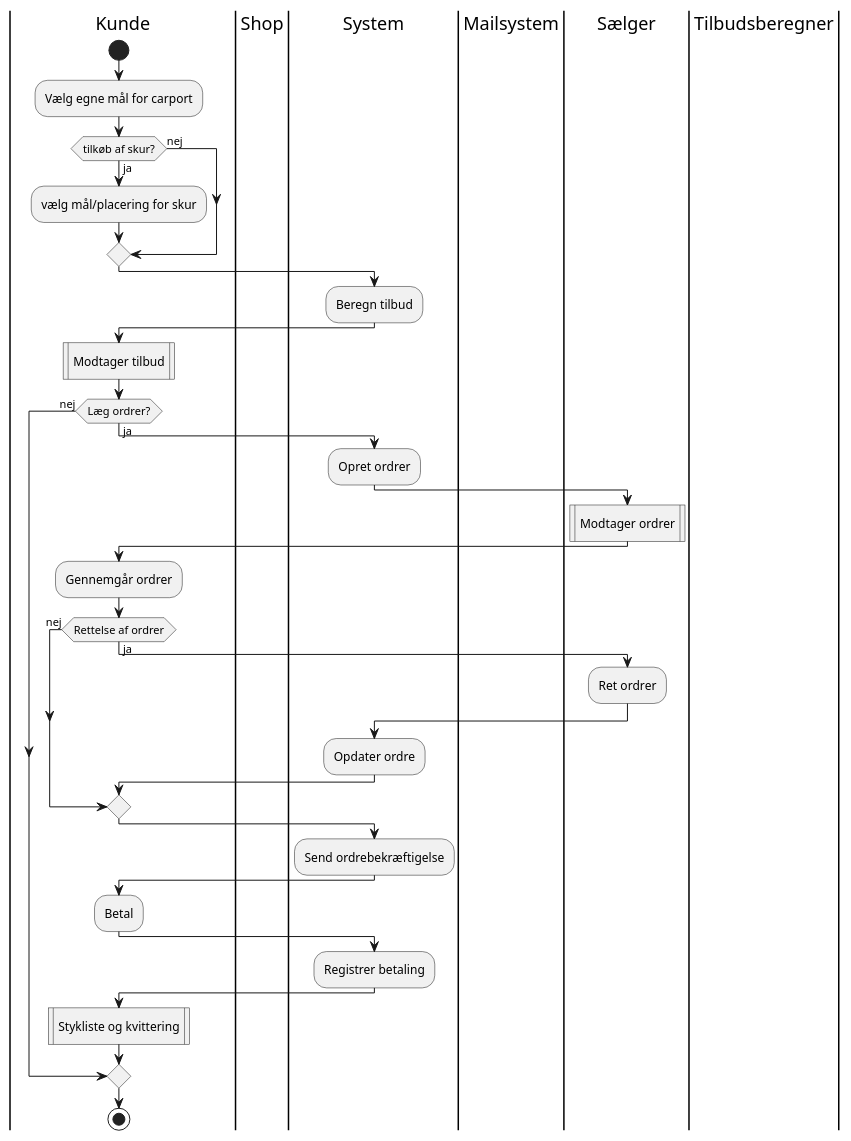
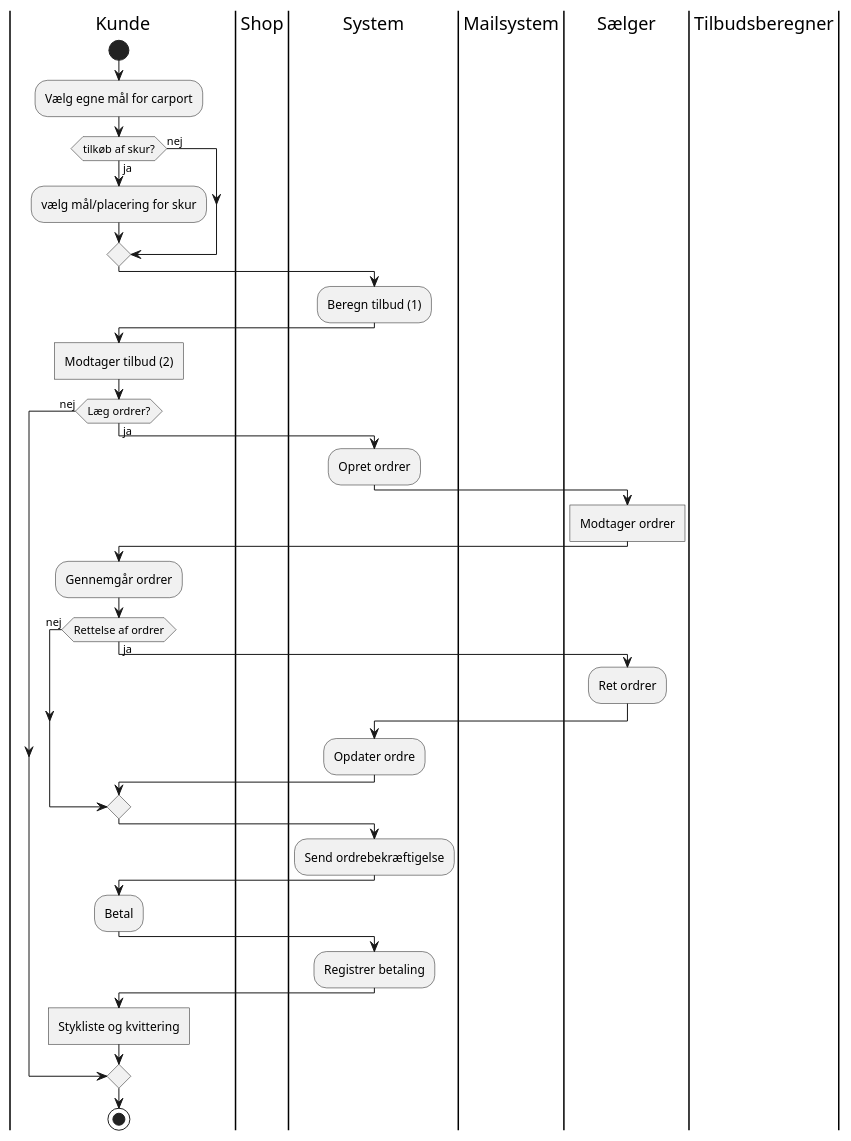
Before and after one commit to babanoelk/FogsCarport: the diagram in documents/diagrams/activty to-be.puml, drawn with PlantUML. The commit also changed 1 other file, not shown here.

```diff
--- a/documents/diagrams/activty to-be.puml
+++ b/documents/diagrams/activty to-be.puml
@@ -1,53 +1,53 @@
 @startuml
 
 |Kunde|
 start
 :Vælg egne mål for carport;
 if (tilkøb af skur?) is (ja) then
   :vælg mål/placering for skur;
 else (nej)
 endif
 
 
 |Shop|
 
 |System|
 
-:Beregn tilbud;
+:Beregn tilbud (1);
 |Kunde|
-:Modtager tilbud|
+:Modtager tilbud (2)]
 if (Læg ordrer?) is (ja) then
 |System|
 :Opret ordrer;
 
 
 |Mailsystem|
 
 |Sælger|
-:Modtager ordrer|
+:Modtager ordrer]
 |Kunde|
 :Gennemgår ordrer;
 if (Rettelse af ordrer) is (ja) then
 
 |Sælger|
 :Ret ordrer;
 |System|
 :Opdater ordre;
 else (nej)
 
 endif
 :Send ordrebekræftigelse;
 |Kunde|
 :Betal;
 |System|
 :Registrer betaling;
 |Kunde|
-:Stykliste og kvittering|
+:Stykliste og kvittering]
 else (nej)
 
 endif
 
 
 stop
 |Tilbudsberegner|
 @enduml
```
